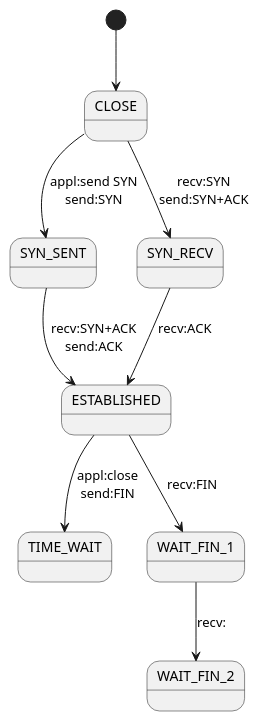
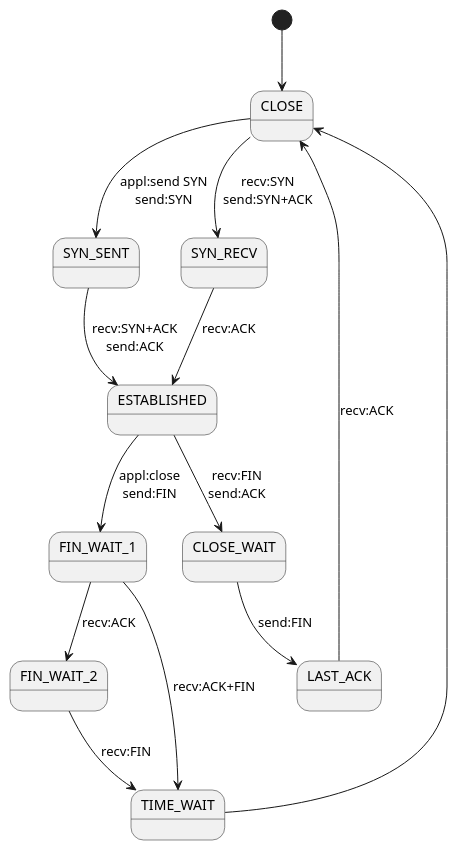
Before and after one commit to caskeep/network-umls: the diagram in tcp_state..puml, drawn with PlantUML. The commit also changed 2 other files, not shown here.

```diff
--- a/tcp_state..puml
+++ b/tcp_state..puml
@@ -1,19 +1,29 @@
 @startuml
 
 [*] --> CLOSE
 
 CLOSE --> SYN_SENT : appl:send SYN\nsend:SYN
 
 CLOSE --> SYN_RECV : recv:SYN\nsend:SYN+ACK
 
 SYN_SENT --> ESTABLISHED : recv:SYN+ACK\nsend:ACK
 
 SYN_RECV --> ESTABLISHED : recv:ACK\n
 
-ESTABLISHED --> TIME_WAIT : appl:close\nsend:FIN
+ESTABLISHED --> FIN_WAIT_1 : appl:close\nsend:FIN
 
-ESTABLISHED --> WAIT_FIN_1 : recv:FIN
+ESTABLISHED --> CLOSE_WAIT : recv:FIN\nsend:ACK
 
-WAIT_FIN_1 --> WAIT_FIN_2 : recv:
+CLOSE_WAIT --> LAST_ACK : send:FIN
+
+LAST_ACK --> CLOSE : recv:ACK
+
+FIN_WAIT_1 --> FIN_WAIT_2 : recv:ACK
+
+FIN_WAIT_2 --> TIME_WAIT : recv:FIN
+
+FIN_WAIT_1 --> TIME_WAIT : recv:ACK+FIN
+
+TIME_WAIT --> CLOSE
 
 @enduml
```
